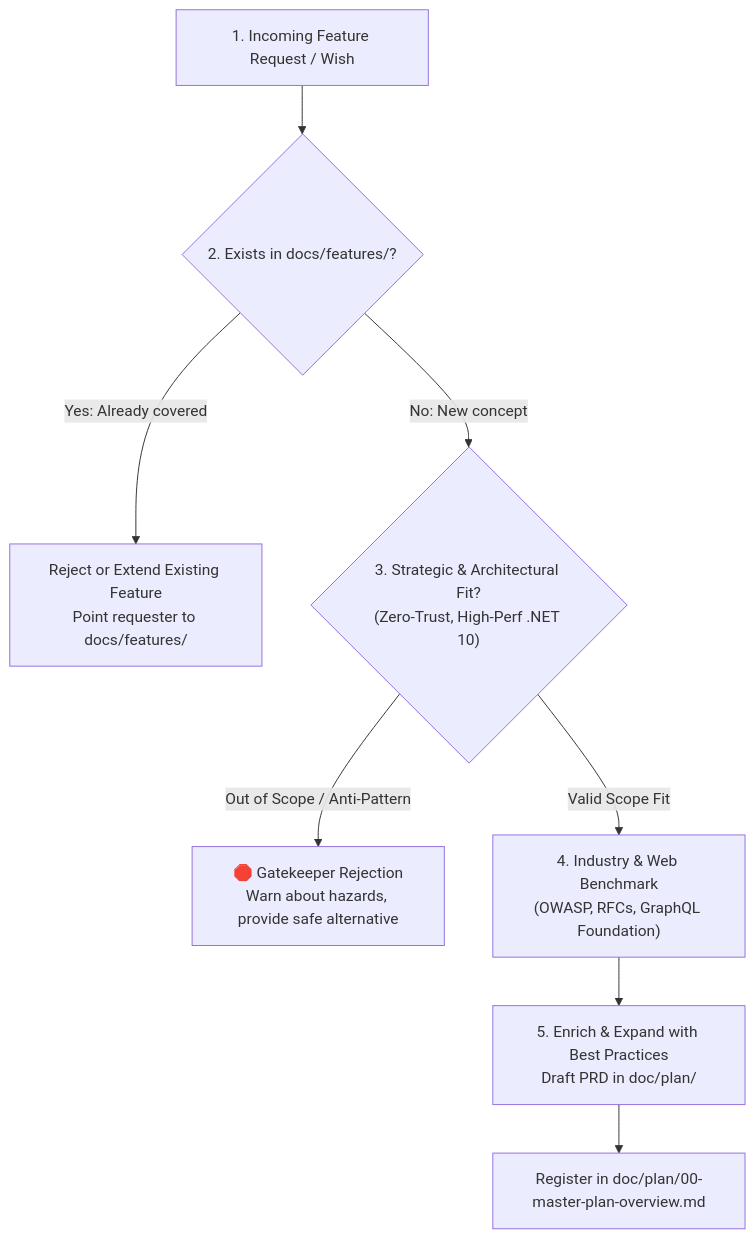
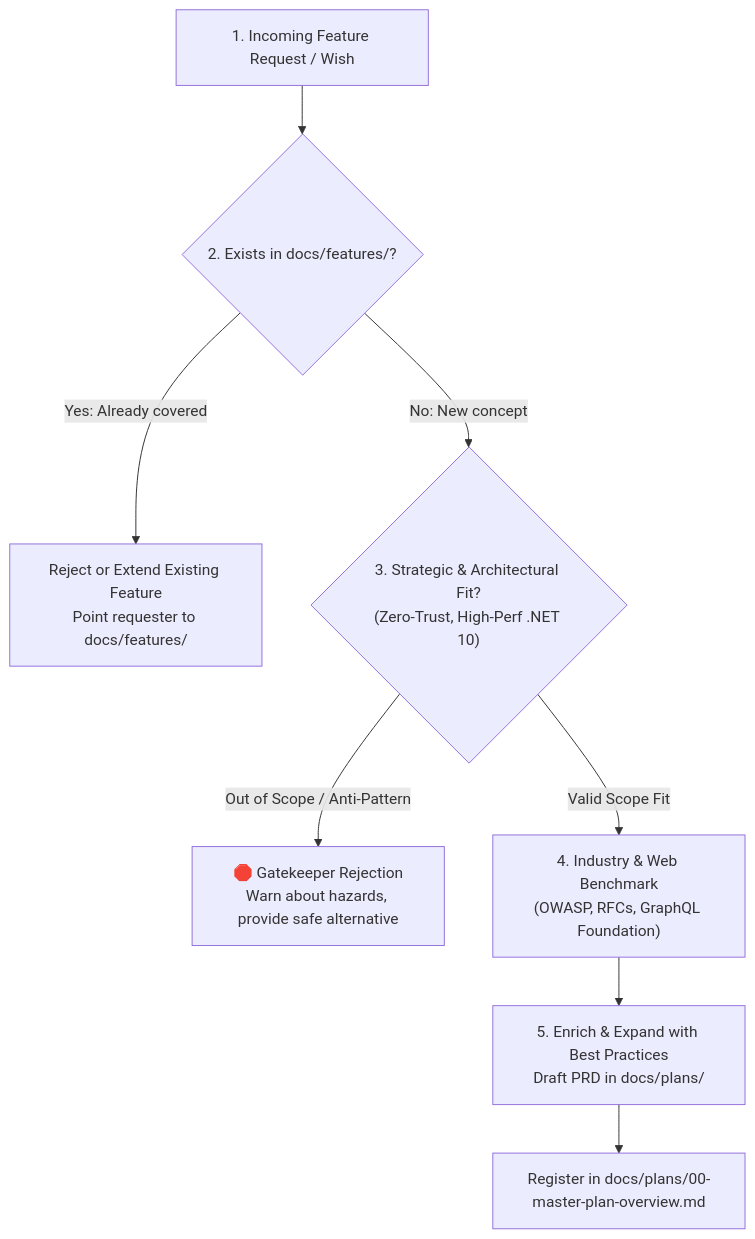
Before and after one commit to themulle/autheris: the diagram in .agents/skills/product-manager/SKILL.md, drawn with Mermaid. The commit also changed other lines of this file and 12 other files, not shown here.

````diff
--- a/.agents/skills/product-manager/SKILL.md
+++ b/.agents/skills/product-manager/SKILL.md
@@ -22,13 +22,13 @@
 ```mermaid
 flowchart TD
     IN["1. Incoming Feature Request / Wish"] --> DEDUP{"2. Exists in docs/features/?"}
     
     DEDUP -->|Yes: Already covered| DEDUP_ACTION["Reject or Extend Existing Feature<br/>Point requester to docs/features/"]
     DEDUP -->|No: New concept| FIT{"3. Strategic & Architectural Fit?<br/>(Zero-Trust, High-Perf .NET 10)"}
     
     FIT -->|Out of Scope / Anti-Pattern| REJECT["🛑 Gatekeeper Rejection<br/>Warn about hazards, provide safe alternative"]
     FIT -->|Valid Scope Fit| BENCH["4. Industry & Web Benchmark<br/>(OWASP, RFCs, GraphQL Foundation)"]
     
-    BENCH --> ENRICH["5. Enrich & Expand with Best Practices<br/>Draft PRD in doc/plan/"]
-    ENRICH --> REGISTER["Register in doc/plan/00-master-plan-overview.md"]
+    BENCH --> ENRICH["5. Enrich & Expand with Best Practices<br/>Draft PRD in docs/plans/"]
+    ENRICH --> REGISTER["Register in docs/plans/00-master-plan-overview.md"]
 ```
````
